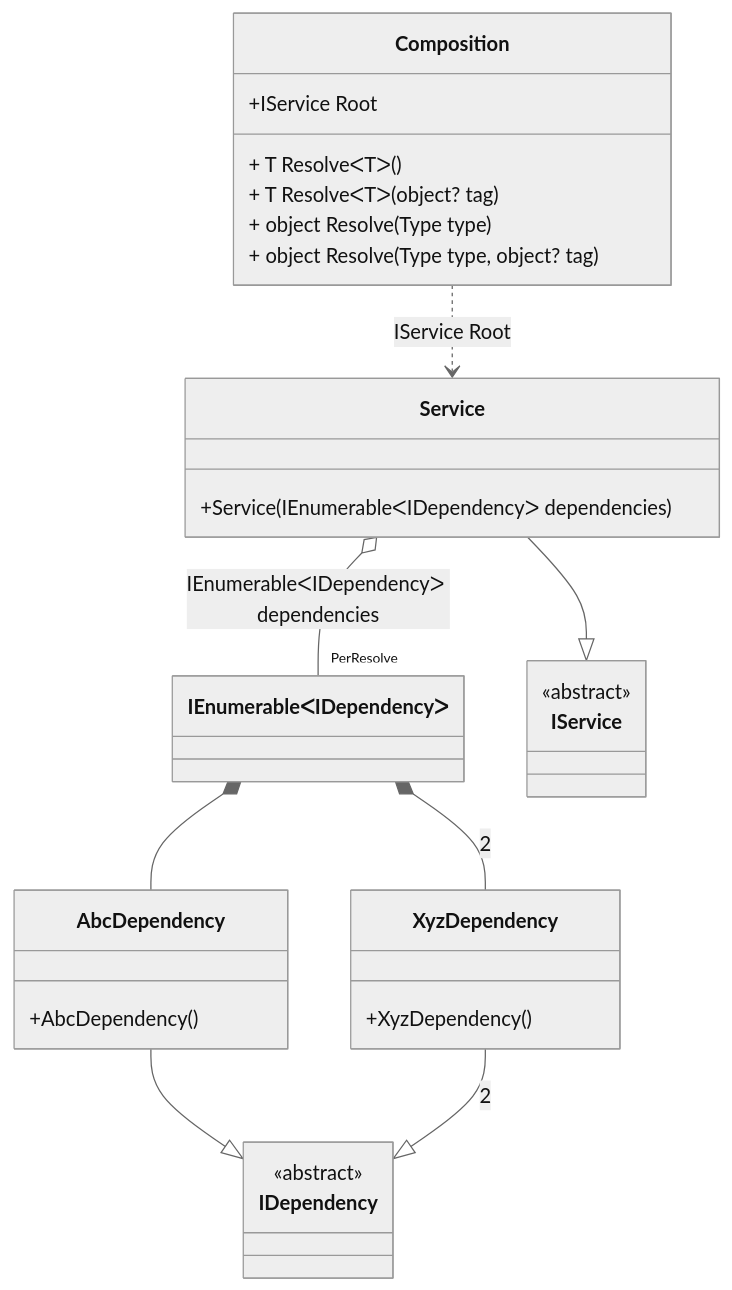
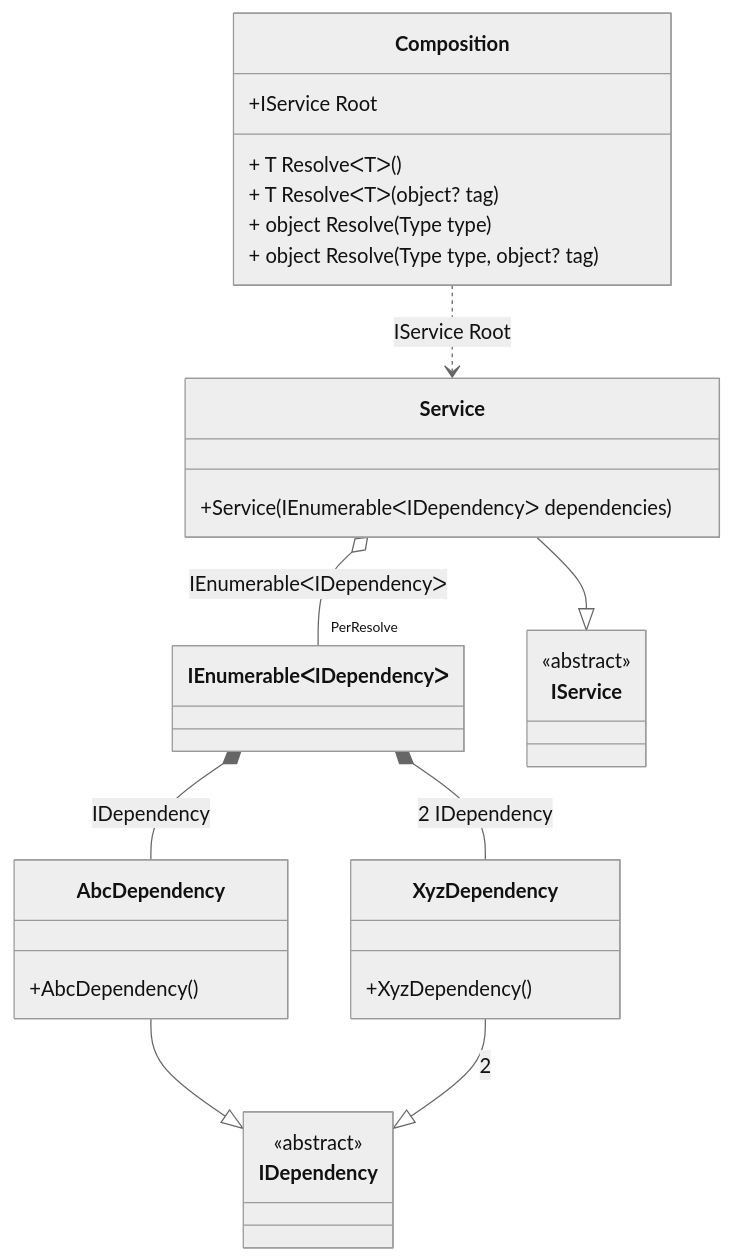
Before and after one commit to DevTeam/Pure.DI: the diagram in readme/enumerable.md, drawn with Mermaid (neutral theme). The commit also changed other lines of this file and 84 other files, not shown here.

````diff
--- a/readme/enumerable.md
+++ b/readme/enumerable.md
@@ -42,33 +42,33 @@
 ```mermaid
 classDiagram
   class Composition {
     +IService Root
     + T ResolveᐸTᐳ()
     + T ResolveᐸTᐳ(object? tag)
     + object Resolve(Type type)
     + object Resolve(Type type, object? tag)
   }
   class IEnumerableᐸIDependencyᐳ
   Service --|> IService : 
   class Service {
     +Service(IEnumerableᐸIDependencyᐳ dependencies)
   }
   AbcDependency --|> IDependency : 
   class AbcDependency {
     +AbcDependency()
   }
   XyzDependency --|> IDependency : 2 
   class XyzDependency {
     +XyzDependency()
   }
   class IService {
     <<abstract>>
   }
   class IDependency {
     <<abstract>>
   }
-  IEnumerableᐸIDependencyᐳ *--  AbcDependency : 
-  IEnumerableᐸIDependencyᐳ *--  XyzDependency : 2  
-  Service o--  "PerResolve" IEnumerableᐸIDependencyᐳ : IEnumerableᐸIDependencyᐳ dependencies
+  IEnumerableᐸIDependencyᐳ *--  AbcDependency : IDependency
+  IEnumerableᐸIDependencyᐳ *--  XyzDependency : 2  IDependency
+  Service o--  "PerResolve" IEnumerableᐸIDependencyᐳ : IEnumerableᐸIDependencyᐳ
   Composition ..> Service : IService Root
 ```
````
